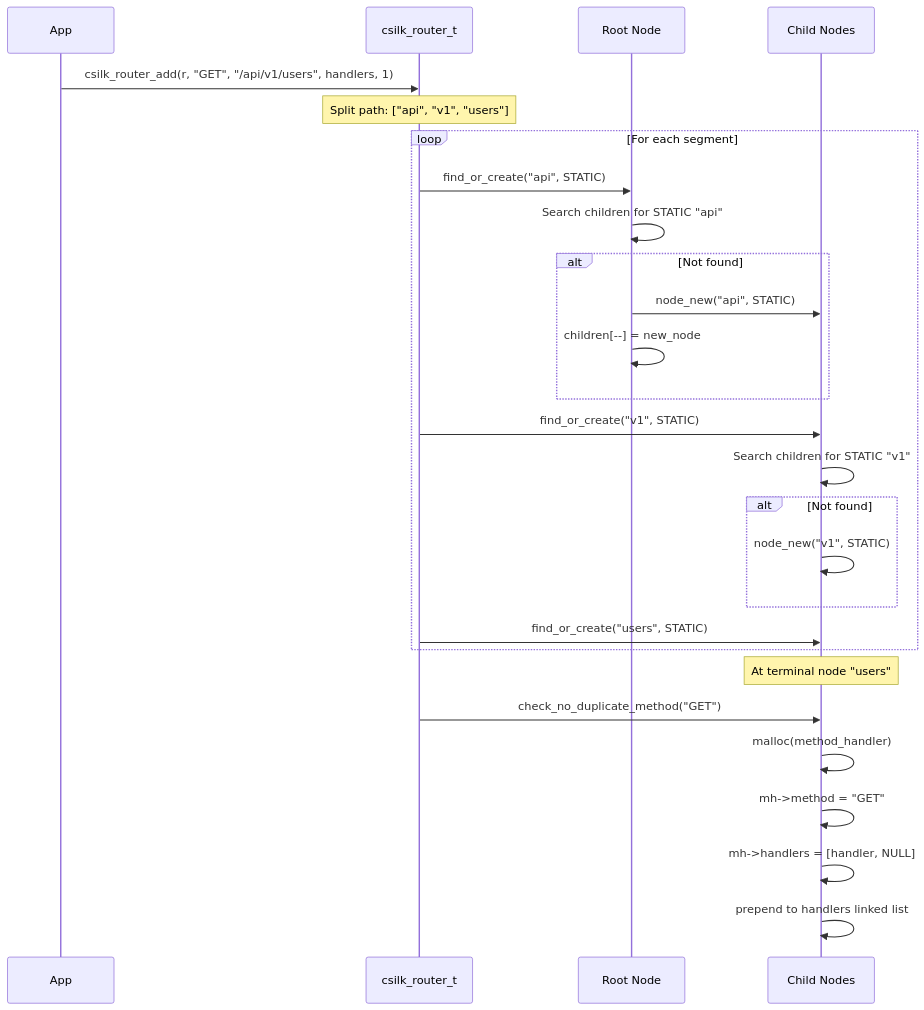
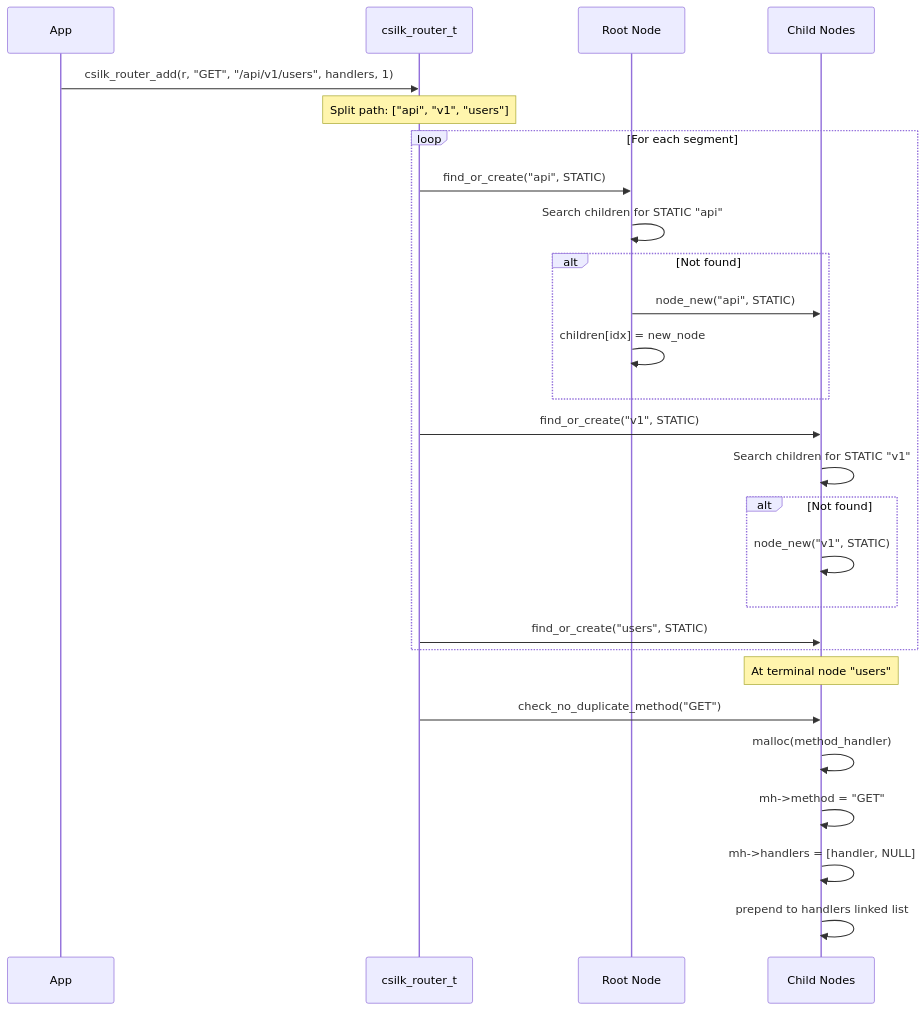
Before and after one commit to quintin-lee/csilk: the third of 5 diagrams in docs/module-design/router.md, drawn with Mermaid. The commit also changed other lines of this file and 1 other file, not shown here.

Commit message:
fix: mermaid syntax issues - '--' in message, unquoted alias with colon, typo in state

````diff
--- a/docs/module-design/router.md
+++ b/docs/module-design/router.md
@@ -49,34 +49,34 @@
 ```mermaid
 sequenceDiagram
     participant App
     participant Router as csilk_router_t
     participant Root as Root Node
     participant Node as Child Nodes
 
     App->>Router: csilk_router_add(r, "GET", "/api/v1/users", handlers, 1)
 
     Note over Router: Split path: ["api", "v1", "users"]
 
     loop For each segment
         Router->>Root: find_or_create("api", STATIC)
         Root->>Root: Search children for STATIC "api"
         alt Not found
             Root->>Node: node_new("api", STATIC)
-            Root->>Root: children[--] = new_node
+            Root->>Root: children[idx] = new_node
         end
         Router->>Node: find_or_create("v1", STATIC)
         Node->>Node: Search children for STATIC "v1"
         alt Not found
             Node->>Node: node_new("v1", STATIC)
         end
         Router->>Node: find_or_create("users", STATIC)
     end
 
     Note over Node: At terminal node "users"
 
     Router->>Node: check_no_duplicate_method("GET")
     Node->>Node: malloc(method_handler)
     Node->>Node: mh->method = "GET"
     Node->>Node: mh->handlers = [handler, NULL]
     Node->>Node: prepend to handlers linked list
 ```
````
